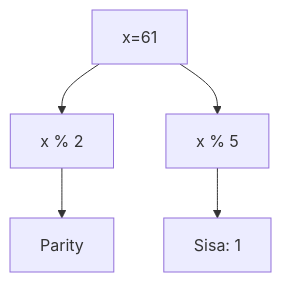
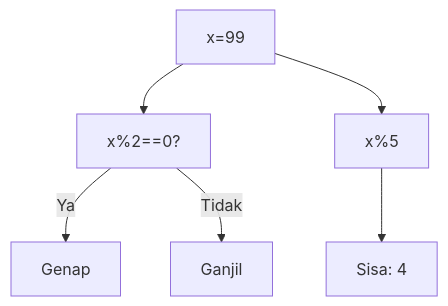
Before and after one commit to amnahwaida/OSNK_INF_PREP: diagram 18 of 25 in part-c-pemahaman-cpp/02-percabangan/latihan/set-11.md, drawn with Mermaid. The commit also changed other lines of this file and 71 other files, not shown here.

Commit message:
Fixed Mermaid syntax lexical errors with quoted labels in 1,800 questions

````diff
--- a/part-c-pemahaman-cpp/02-percabangan/latihan/set-11.md
+++ b/part-c-pemahaman-cpp/02-percabangan/latihan/set-11.md
@@ -443,7 +553,8 @@
 ```mermaid
 graph TD
-A[x=61] --> B[x % 2]
-B --> C[Parity]
-A --> D[x % 5]
-D --> E[Sisa: 1]
+A["x=99"] --> B["x%2==0?"]
+B -- Ya --> C["Genap"]
+B -- Tidak --> D["Ganjil"]
+A --> E["x%5"]
+E --> F["Sisa: 4"]
 ```
````
